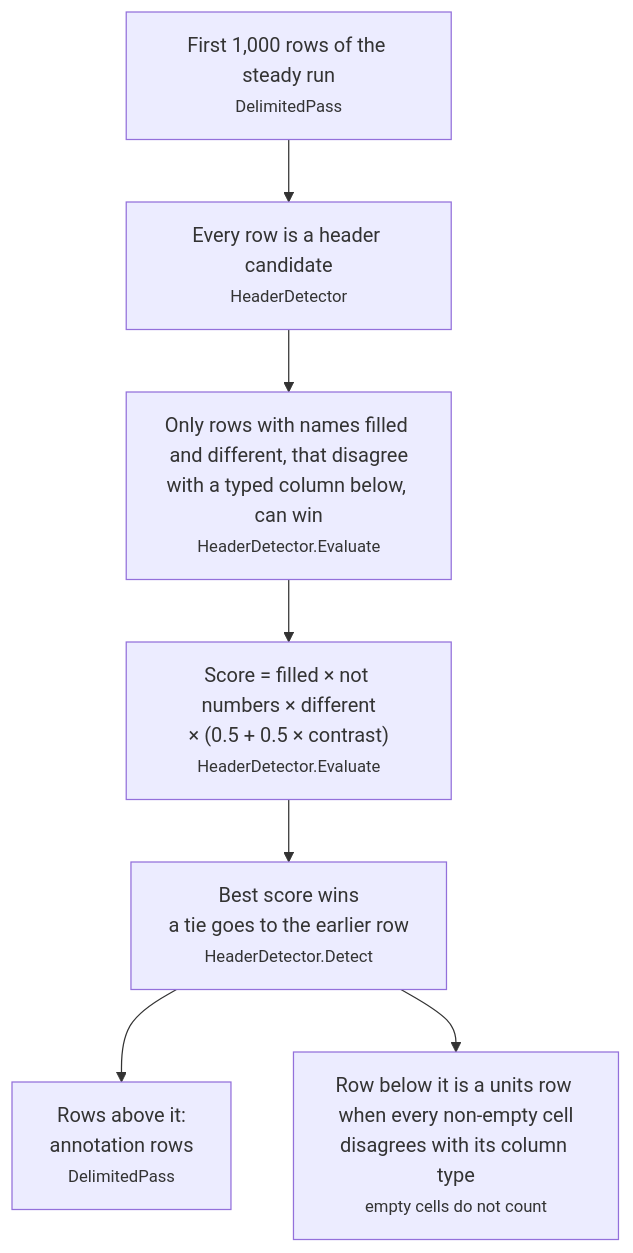
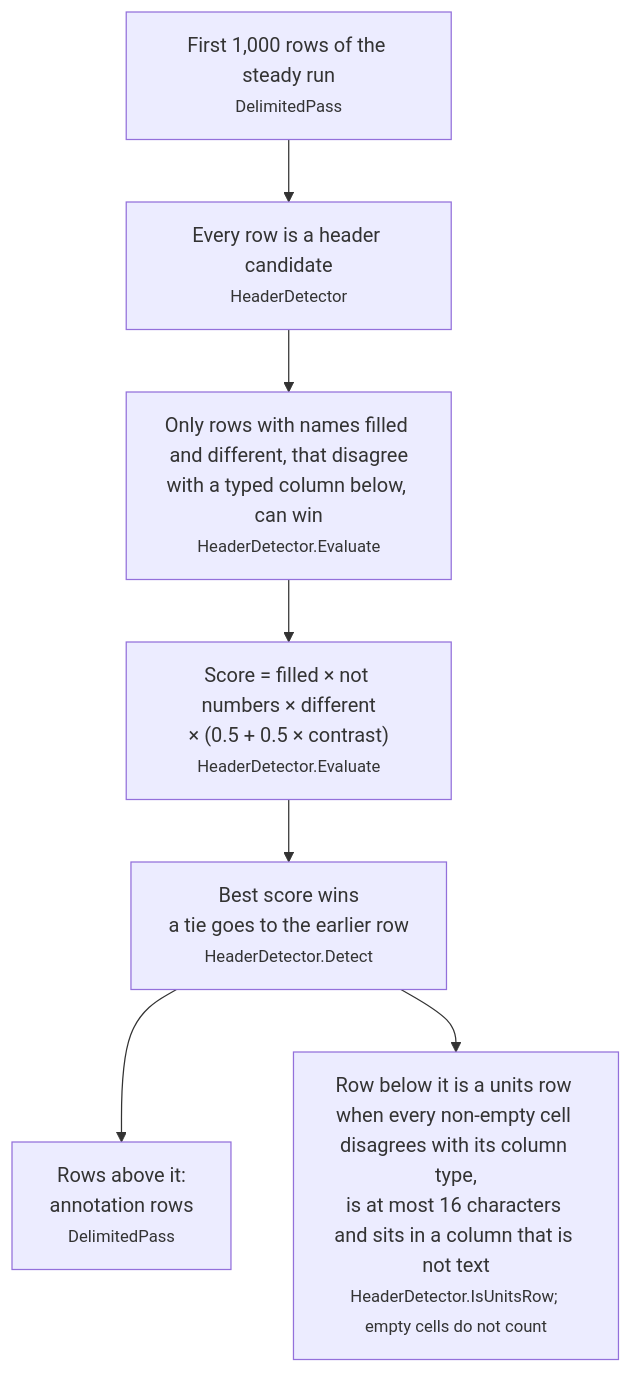
Before and after one commit to squalor-xyz/squalify: the sixth of 19 diagrams in docs/how-it-works.md, drawn with Mermaid. The commit also changed other lines of this file and 45 other files, not shown here.

````diff
--- a/docs/how-it-works.md
+++ b/docs/how-it-works.md
@@ -89,9 +89,9 @@
 ```mermaid
 flowchart TD
     S["First 1,000 rows of the steady run<br/><small>DelimitedPass</small>"] --> C["Every row is a header candidate<br/><small>HeaderDetector</small>"]
     C --> E["Only rows with names filled and different, that disagree<br/>with a typed column below, can win<br/><small>HeaderDetector.Evaluate</small>"]
     E --> Sc["Score = filled × not numbers × different<br/>× (0.5 + 0.5 × contrast)<br/><small>HeaderDetector.Evaluate</small>"]
     Sc --> H["Best score wins<br/>a tie goes to the earlier row<br/><small>HeaderDetector.Detect</small>"]
     H --> A["Rows above it:<br/>annotation rows<br/><small>DelimitedPass</small>"]
-    H --> U["Row below it is a units row when every non-empty cell<br/>disagrees with its column type<br/><small>empty cells do not count</small>"]
+    H --> U["Row below it is a units row when every non-empty cell disagrees with its column type,<br/>is at most 16 characters and sits in a column that is not text<br/><small>HeaderDetector.IsUnitsRow; empty cells do not count</small>"]
 ```
````
